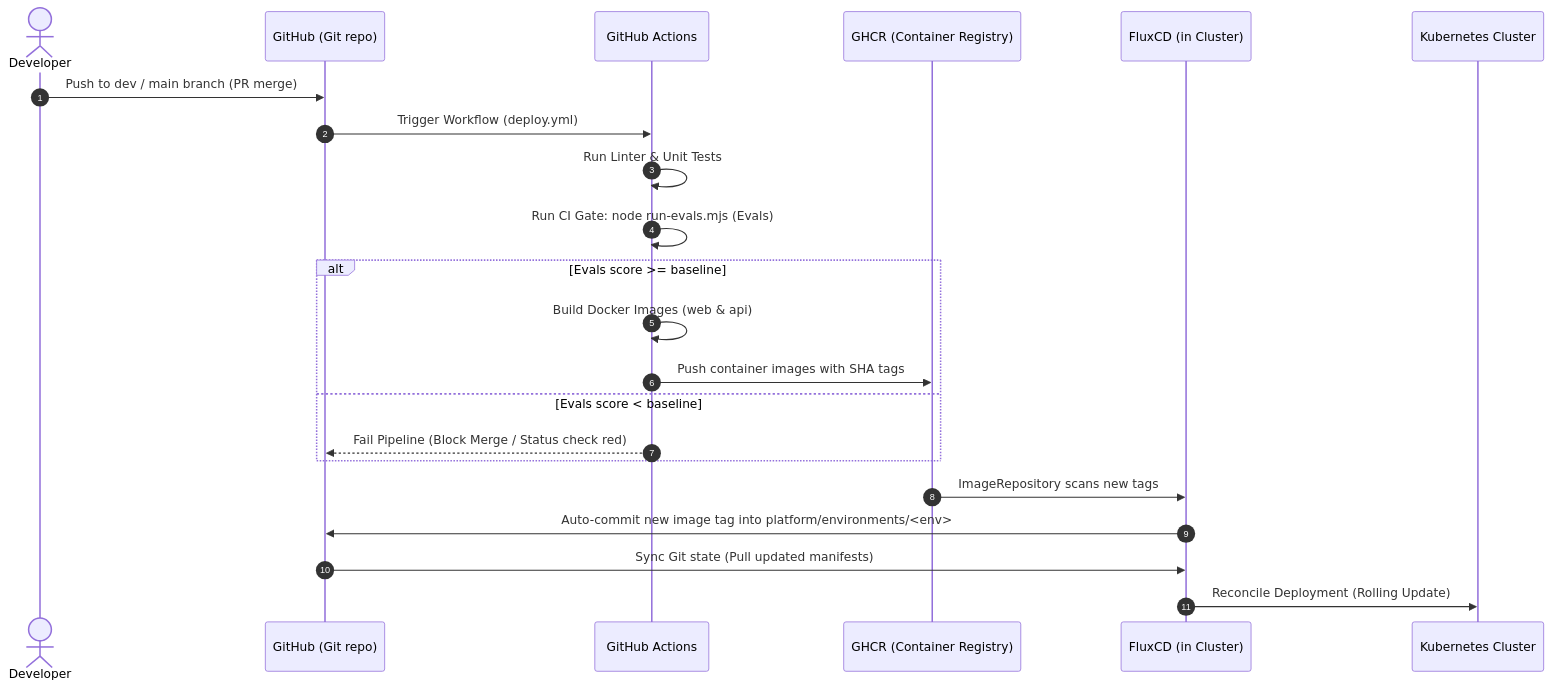
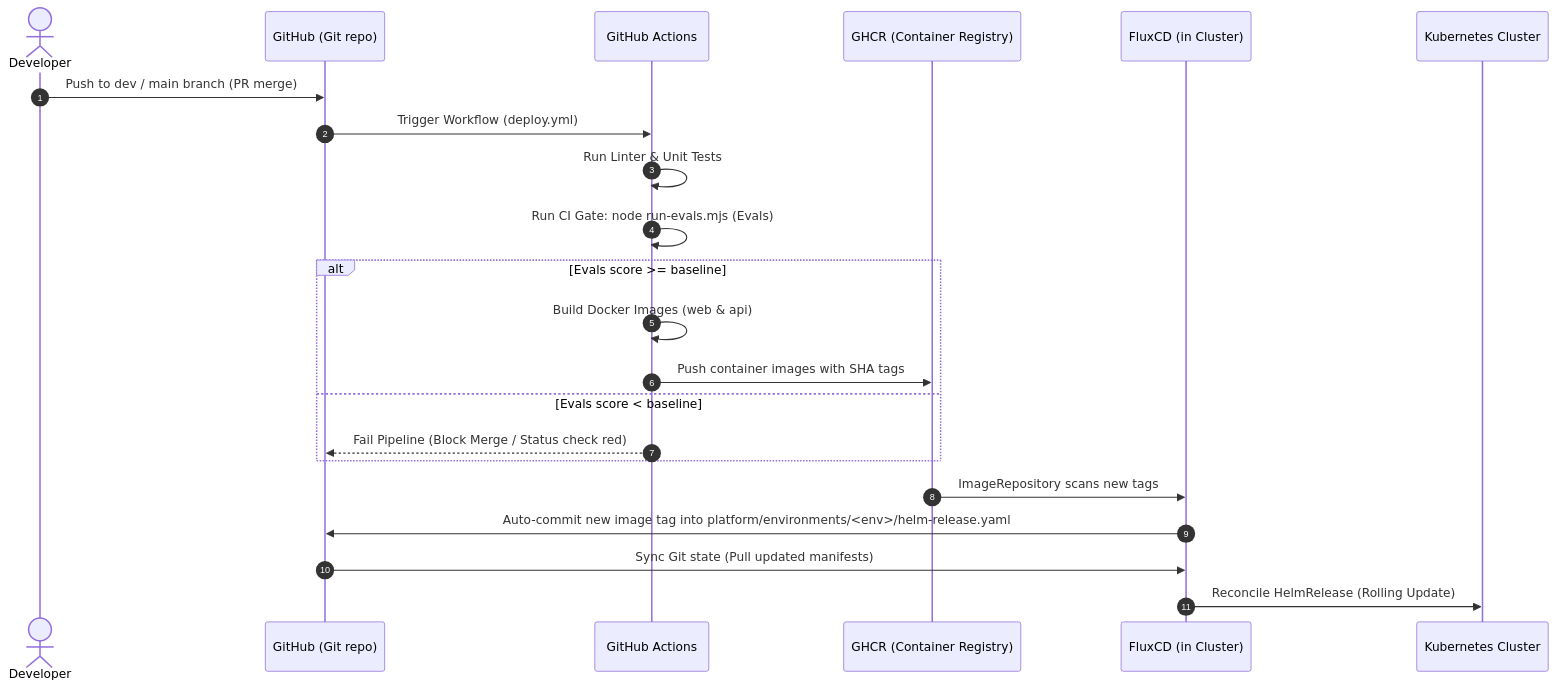
The second of 4 diagrams in doc/HLD.md (mkdir28/hackathon-devops), drawn with Mermaid before and after one commit. The commit also changed other lines of this file and 43 other files, not shown here.

Commit message:
feat(gitops): transition to local Helm Umbrella Chart with subcharts

````diff
--- a/doc/HLD.md
+++ b/doc/HLD.md
@@ -62,25 +62,25 @@
 ```mermaid
 sequenceDiagram
     autonumber
     actor Dev as Developer
     participant Git as GitHub (Git repo)
     participant CI as GitHub Actions
     participant Registry as GHCR (Container Registry)
     participant Flux as FluxCD (in Cluster)
     participant K8s as Kubernetes Cluster
 
     Dev->>Git: Push to dev / main branch (PR merge)
     Git->>CI: Trigger Workflow (deploy.yml)
     CI->>CI: Run Linter & Unit Tests
     CI->>CI: Run CI Gate: node run-evals.mjs (Evals)
     alt Evals score >= baseline
         CI->>CI: Build Docker Images (web & api)
         CI->>Registry: Push container images with SHA tags
     else Evals score < baseline
         CI-->>Git: Fail Pipeline (Block Merge / Status check red)
     end
     Registry->>Flux: ImageRepository scans new tags
-    Flux->>Git: Auto-commit new image tag into platform/environments/<env>
+    Flux->>Git: Auto-commit new image tag into platform/environments/<env>/helm-release.yaml
     Git->>Flux: Sync Git state (Pull updated manifests)
-    Flux->>K8s: Reconcile Deployment (Rolling Update)
+    Flux->>K8s: Reconcile HelmRelease (Rolling Update)
 ```
````
